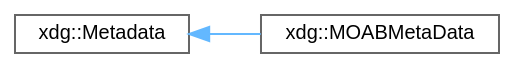
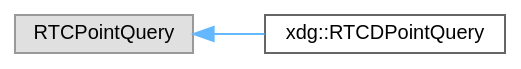
One commit to xdg-org/xdg changed the diagram in inherit_graph_10.dot. Above: the diagram before and after it, drawn with Graphviz. The commit also changed 95 other files, not shown here.

```diff
--- a/inherit_graph_10.dot
+++ b/inherit_graph_10.dot
@@ -1,11 +1,11 @@
 digraph "Graphical Class Hierarchy"
 {
  // LATEX_PDF_SIZE
   bgcolor="transparent";
   edge [fontname=Helvetica,fontsize=10,labelfontname=Helvetica,labelfontsize=10];
   node [fontname=Helvetica,fontsize=10,shape=box,height=0.2,width=0.4];
   rankdir="LR";
-  Node0 [id="Node000000",label="xdg::Metadata",height=0.2,width=0.4,color="grey40", fillcolor="white", style="filled",URL="$classxdg_1_1Metadata.html",tooltip=" "];
-  Node0 -> Node1 [id="edge13_Node000000_Node000001",dir="back",color="steelblue1",style="solid",tooltip=" "];
-  Node1 [id="Node000001",label="xdg::MOABMetaData",height=0.2,width=0.4,color="grey40", fillcolor="white", style="filled",URL="$classxdg_1_1MOABMetaData.html",tooltip=" "];
+  Node0 [id="Node000000",label="RTCPointQuery",height=0.2,width=0.4,color="grey60", fillcolor="#E0E0E0", style="filled",tooltip=" "];
+  Node0 -> Node1 [id="edge5_Node000000_Node000001",dir="back",color="steelblue1",style="solid",tooltip=" "];
+  Node1 [id="Node000001",label="xdg::RTCDPointQuery",height=0.2,width=0.4,color="grey40", fillcolor="white", style="filled",URL="$structxdg_1_1RTCDPointQuery.html",tooltip=" "];
 }
```
